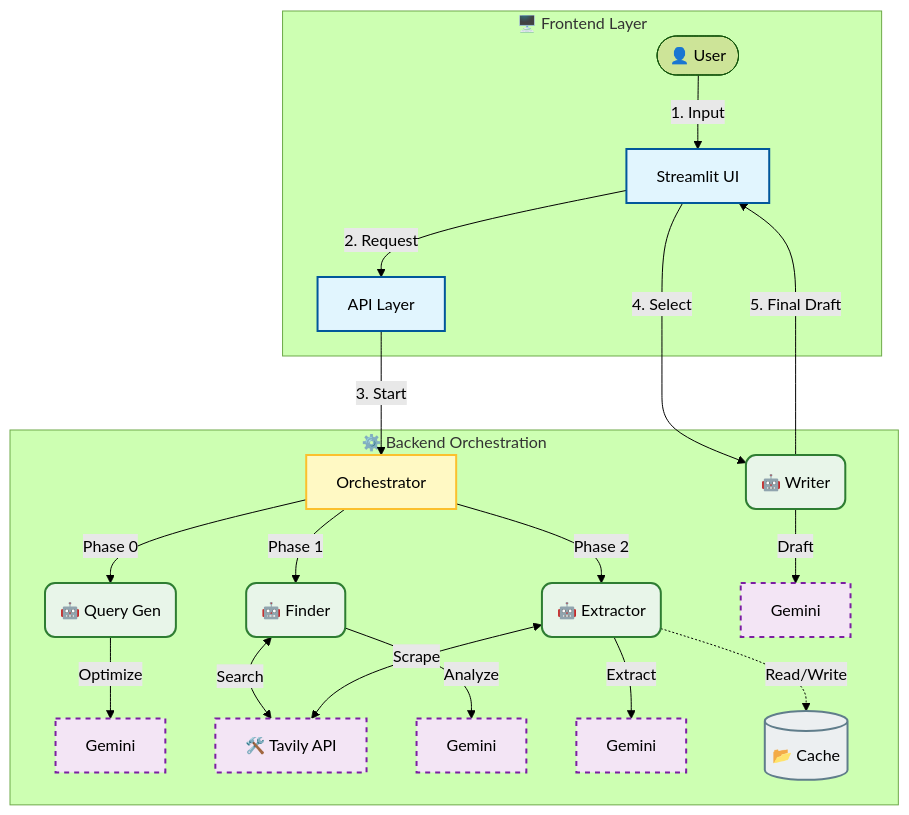
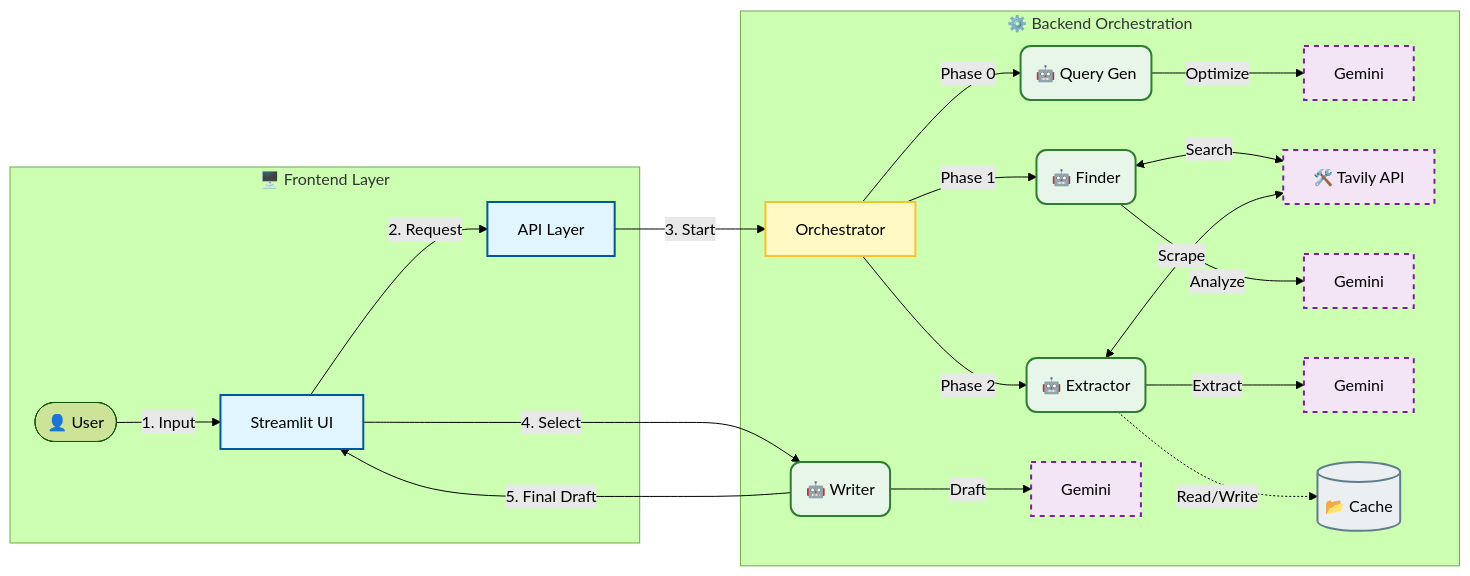
Before and after one commit to alanspace/Grant-Seeker-AI: the diagram in README.md, drawn with Mermaid (forest theme).

````diff
--- a/README.md
+++ b/README.md
@@ -146,49 +146,49 @@
 ```mermaid
-graph TD
+graph LR
     %% Styles
     classDef frontend fill:#e1f5fe,stroke:#01579b,stroke-width:2px,color:black;
     classDef orchestrator fill:#fff9c4,stroke:#fbc02d,stroke-width:2px,color:black;
     classDef agent fill:#e8f5e9,stroke:#2e7d32,stroke-width:2px,rx:10,ry:10,color:black;
     classDef tool fill:#f3e5f5,stroke:#7b1fa2,stroke-width:2px,stroke-dasharray: 5 5,color:black;
     classDef storage fill:#eceff1,stroke:#607d8b,stroke-width:2px,color:black;
 
     subgraph Frontend ["🖥️ Frontend Layer"]
         User([👤 User]) -->|1. Input| UI[Streamlit UI]
         UI -->|2. Request| API[API Layer]
     end
 
     subgraph Backend ["⚙️ Backend Orchestration"]
         API -->|3. Start| Workflow[Orchestrator]
         
         %% Phase 0
         Workflow -->|Phase 0| QueryAgent(🤖 Query Gen)
         QueryAgent -->|Optimize| Gemini1[Gemini]
         
         %% Phase 1
         Workflow -->|Phase 1| FinderAgent(🤖 Finder)
         FinderAgent <-->|Search| Tavily[🛠️ Tavily API]
         FinderAgent -->|Analyze| Gemini2[Gemini]
         
         %% Phase 2
         Workflow -->|Phase 2| ExtractorAgent(🤖 Extractor)
         ExtractorAgent <-->|Scrape| Tavily
         ExtractorAgent -->|Extract| Gemini3[Gemini]
         
         %% Caching
         ExtractorAgent -.->|Read/Write| Cache[(📂 Cache)]
         
         %% Phase 3
         UI -->|4. Select| WriterAgent(🤖 Writer)
         WriterAgent -->|Draft| Gemini4[Gemini]
     end
 
     %% Output
     WriterAgent -->|5. Final Draft| UI
 
     %% Apply Styles
     class UI,API frontend;
     class Workflow orchestrator;
     class QueryAgent,FinderAgent,ExtractorAgent,WriterAgent agent;
     class Tavily,Gemini1,Gemini2,Gemini3,Gemini4 tool;
     class Cache storage;
 ```
````
